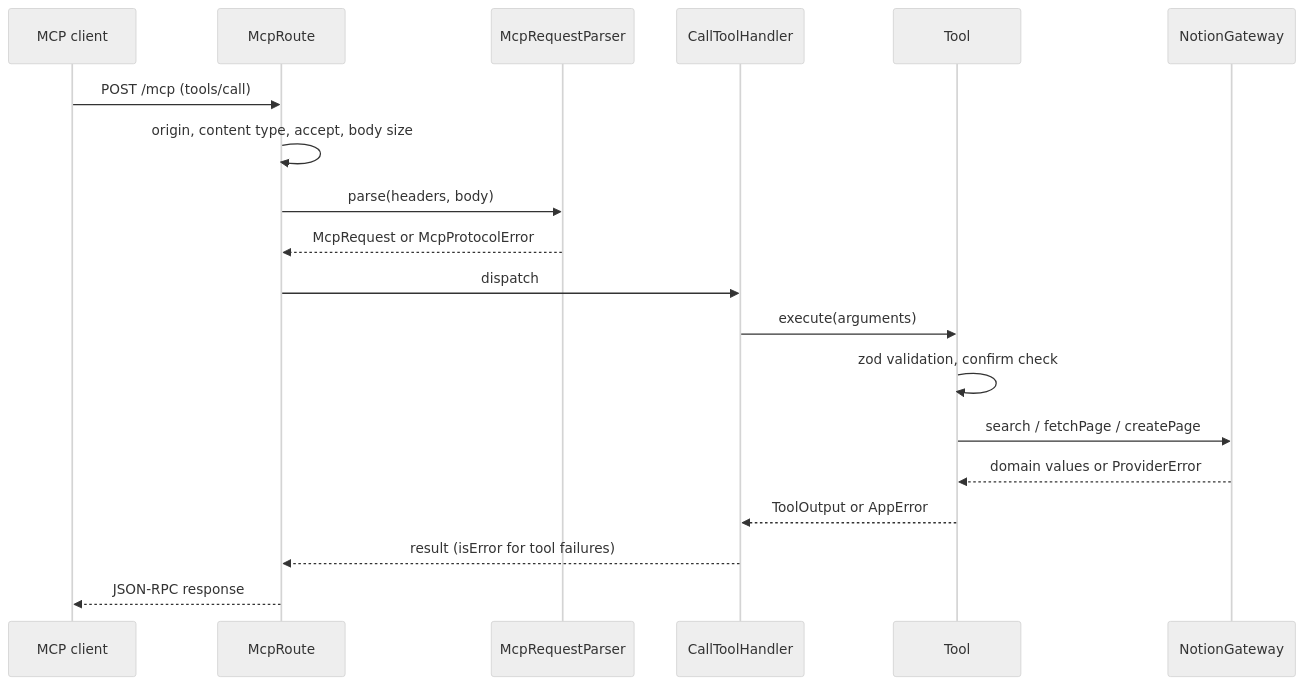
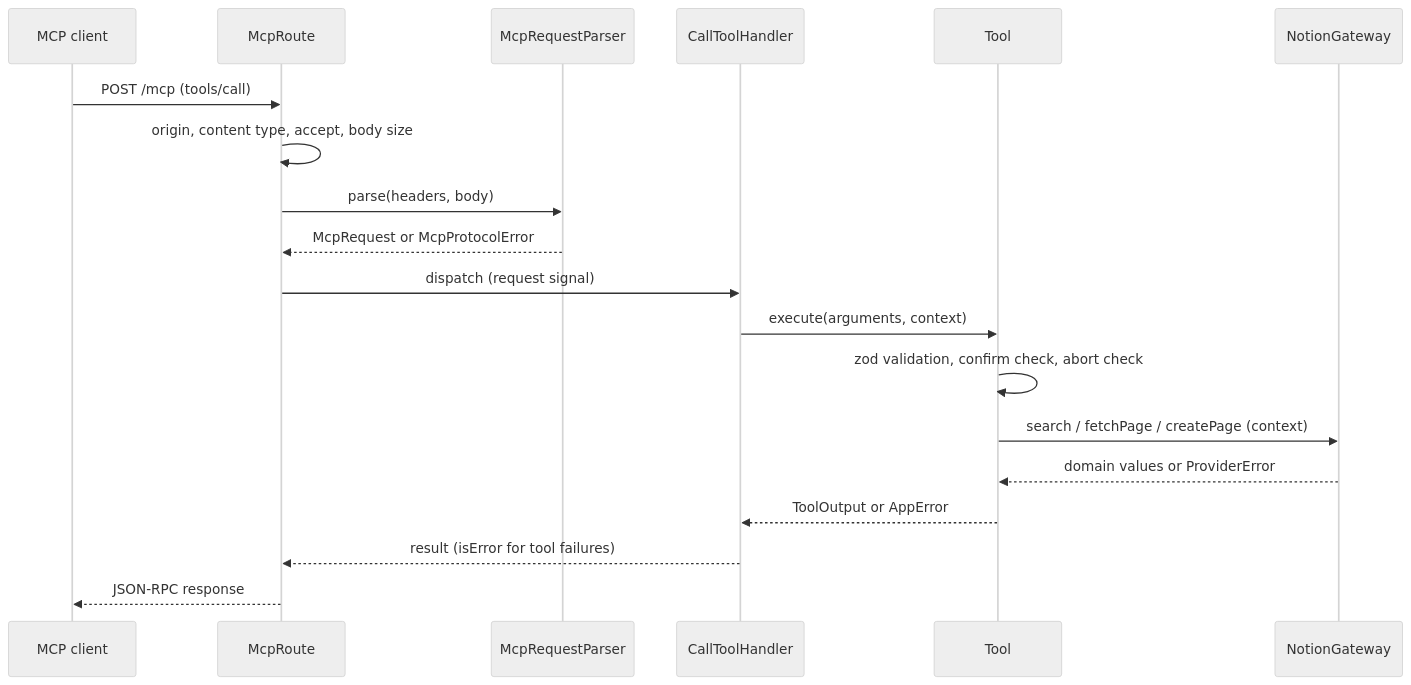
The second of 2 diagrams in README.md (dinakar124/notion_mcp), drawn with Mermaid (neutral theme) before and after one commit. The commit also changed other lines of this file, not shown here.

````diff
--- a/README.md
+++ b/README.md
@@ -166,21 +172,21 @@
 ```mermaid
 sequenceDiagram
   participant C as MCP client
   participant R as McpRoute
   participant P as McpRequestParser
   participant H as CallToolHandler
   participant T as Tool
   participant G as NotionGateway
   C->>R: POST /mcp (tools/call)
   R->>R: origin, content type, accept, body size
   R->>P: parse(headers, body)
   P-->>R: McpRequest or McpProtocolError
-  R->>H: dispatch
-  H->>T: execute(arguments)
-  T->>T: zod validation, confirm check
-  T->>G: search / fetchPage / createPage
+  R->>H: dispatch (request signal)
+  H->>T: execute(arguments, context)
+  T->>T: zod validation, confirm check, abort check
+  T->>G: search / fetchPage / createPage (context)
   G-->>T: domain values or ProviderError
   T-->>H: ToolOutput or AppError
   H-->>R: result (isError for tool failures)
   R-->>C: JSON-RPC response
 ```
````
